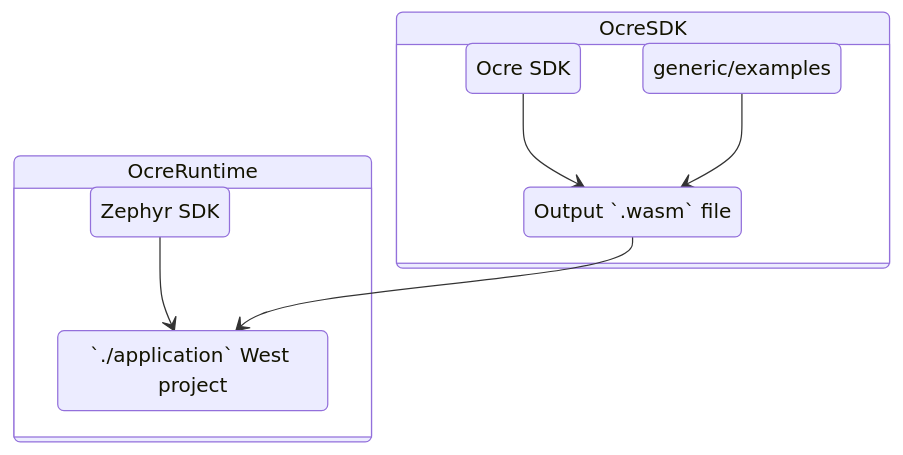
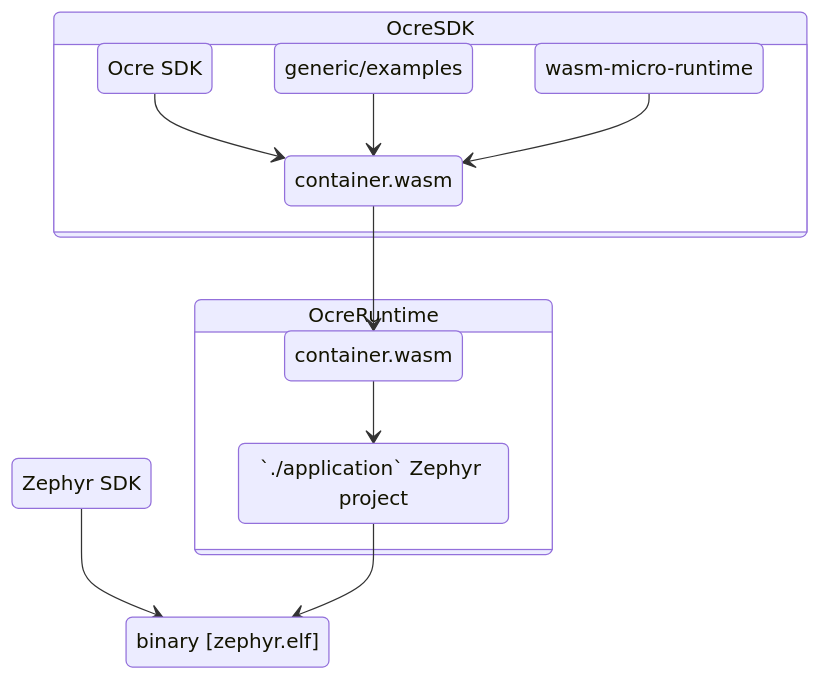
One commit to fgr-17/ocre-workspace changed the diagram in README.md. Above: the diagram before and after it, drawn with Mermaid. The commit also changed other lines of this file and 5 other files, not shown here.

```diff
--- a/README.md
+++ b/README.md
@@ -32,21 +31,28 @@
 ~~~mermaid
 stateDiagram-v2
 
     state "OcreSDK" as ocre-sdk {
         sdk: Ocre SDK
         samples: generic/examples
-        wasm: Output `.wasm` file
-        sdk --> wasm
-        samples --> wasm
+        wasm_runtime: wasm-micro-runtime
+        container: container.wasm
+        sdk --> container
+        samples --> container
+        wasm_runtime --> container
+
     }
 
     state "OcreRuntime" as ocre-runtime {
-        zephyr: Zephyr SDK
-        app: `./application` West project
-        zephyr --> app
+        app: `./application` Zephyr project
+        container_moved: container.wasm
     }
 
-    wasm --> app
+    zephyr: Zephyr SDK
+    binary: binary [zephyr.elf]
 
-
+    container --> container_moved
+    
+    zephyr --> binary
+    container_moved --> app
+    app --> binary
 ~~~
```
